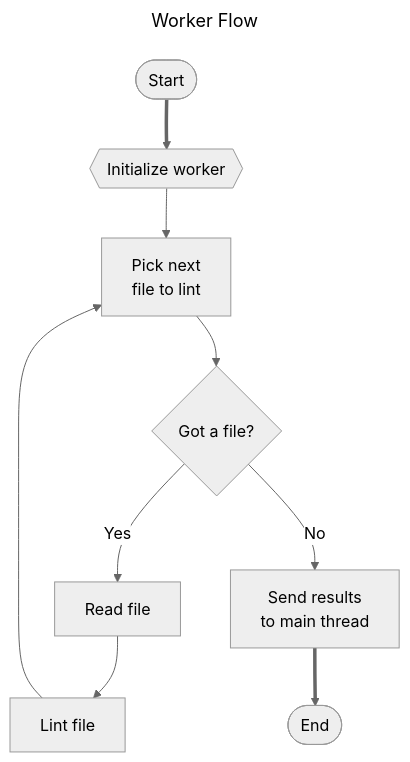
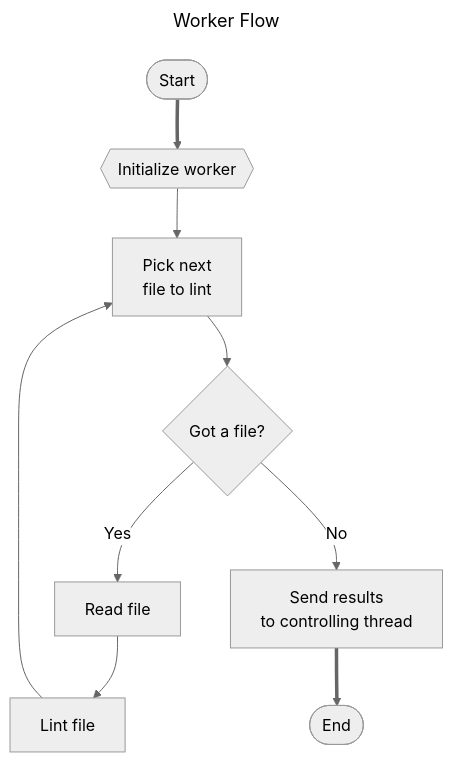
One commit to eslint/rfcs changed the diagram in designs/2024-multithread-linting/README.md. Above: the diagram before and after it, drawn with Mermaid (neutral theme). The commit also changed other lines of this file, not shown here.

Commit message:
main thread → controlling thread

````diff
--- a/designs/2024-multithread-linting/README.md
+++ b/designs/2024-multithread-linting/README.md
@@ -358,16 +361,16 @@
 ```mermaid
 ---
 title: Worker Flow
 ---
 graph TB
     START([Start]) ==> S0@{ shape: hex, label: "Initialize worker" };
     S0 --> S1[Pick next
         file to lint];
     S1 --> D1{Got a file?};
     D1 --> |Yes| S2[Read file];
     D1 --> |No| S4[Send results
-        to main thread];
+        to controlling thread];
     S2 --> S3[Lint file];
     S3 --> S1;
     S4 ==> END([End]);
 ```
````
